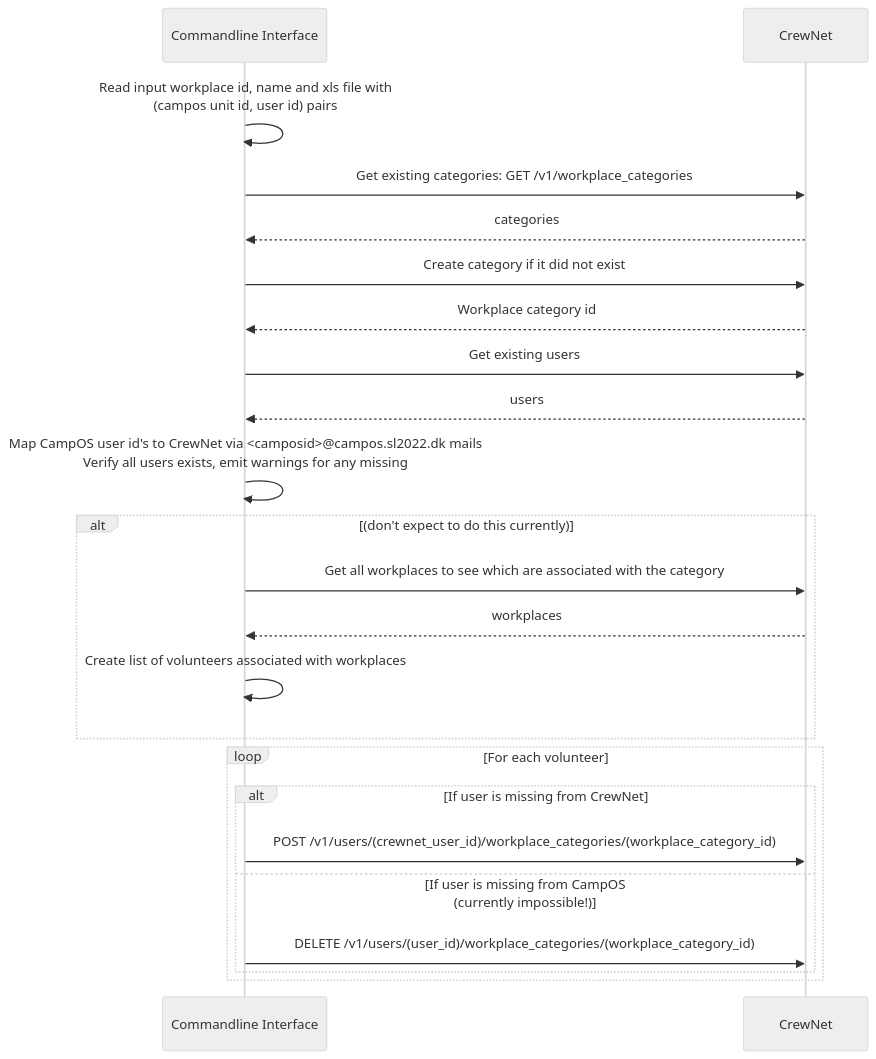
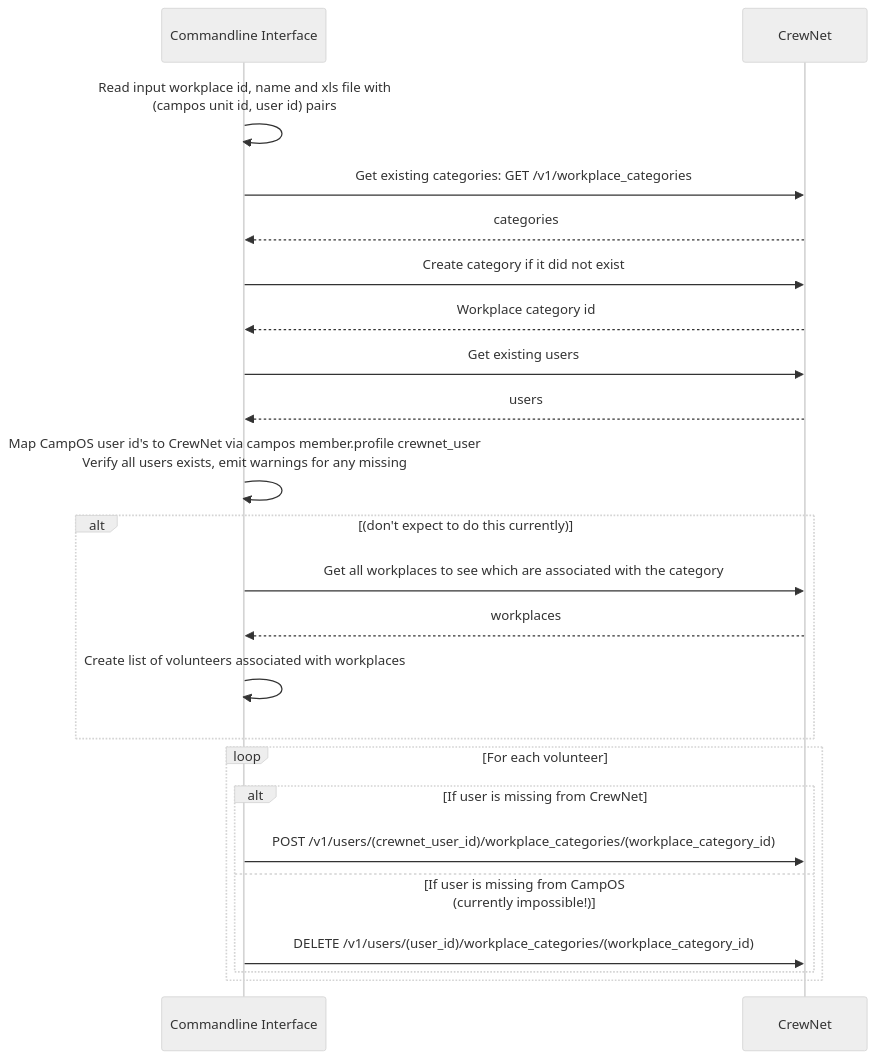
One commit to Spejderneslejr/crewnet-integration changed the sixth of 8 diagrams in docs/flow.md. Above: the diagram before and after it, drawn with Mermaid (neutral theme). The commit also changed other lines of this file and 4 other files, not shown here.

Commit message:
Updated flow, status and tests with latest endpoints

````diff
--- a/docs/flow.md
+++ b/docs/flow.md
@@ -147,29 +146,29 @@
 ```mermaid
 sequenceDiagram
 participant cli as Commandline Interface
 participant crewnet as CrewNet
 
-cli ->> cli: Read input workplace id, name and xls file with <br>(campos unit id, user id) pairs 
+cli ->> cli: Read input workplace id, name and xls file with <br>(campos unit id, user id) pairs
 cli ->> crewnet: Get existing categories: GET /v1/workplace_categories
 crewnet -->> cli: categories
 cli ->> crewnet: Create category if it did not exist
 crewnet -->> cli: Workplace category id
 
 cli ->> crewnet: Get existing users
 crewnet -->> cli: users
-cli ->> cli: Map CampOS user id's to CrewNet via <camposid>@campos.sl2022.dk mails<br>Verify all users exists, emit warnings for any missing
+cli ->> cli: Map CampOS user id's to CrewNet via campos member.profile crewnet_user<br>Verify all users exists, emit warnings for any missing
 alt (don't expect to do this currently)
 cli ->> crewnet: Get all workplaces to see which are associated with the category
 crewnet -->> cli: workplaces
 cli ->> cli: Create list of volunteers associated with workplaces
 end
 loop For each volunteer
     alt If user is missing from CrewNet
       cli ->> crewnet: POST /v1/users/(crewnet_user_id)/workplace_categories/(workplace_category_id)
     else If user is missing from CampOS<br>(currently impossible!)
       cli ->> crewnet: DELETE /v1/users/(user_id)/workplace_categories/(workplace_category_id)
     end
 end
 
 
 ```
````
